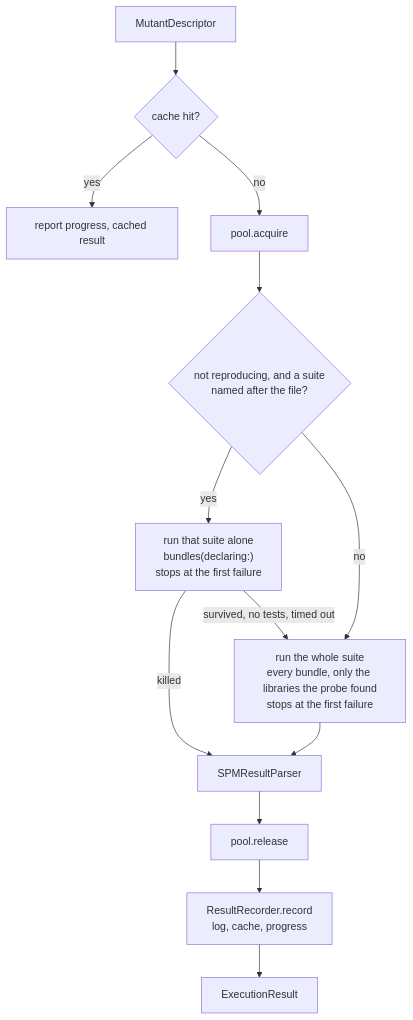
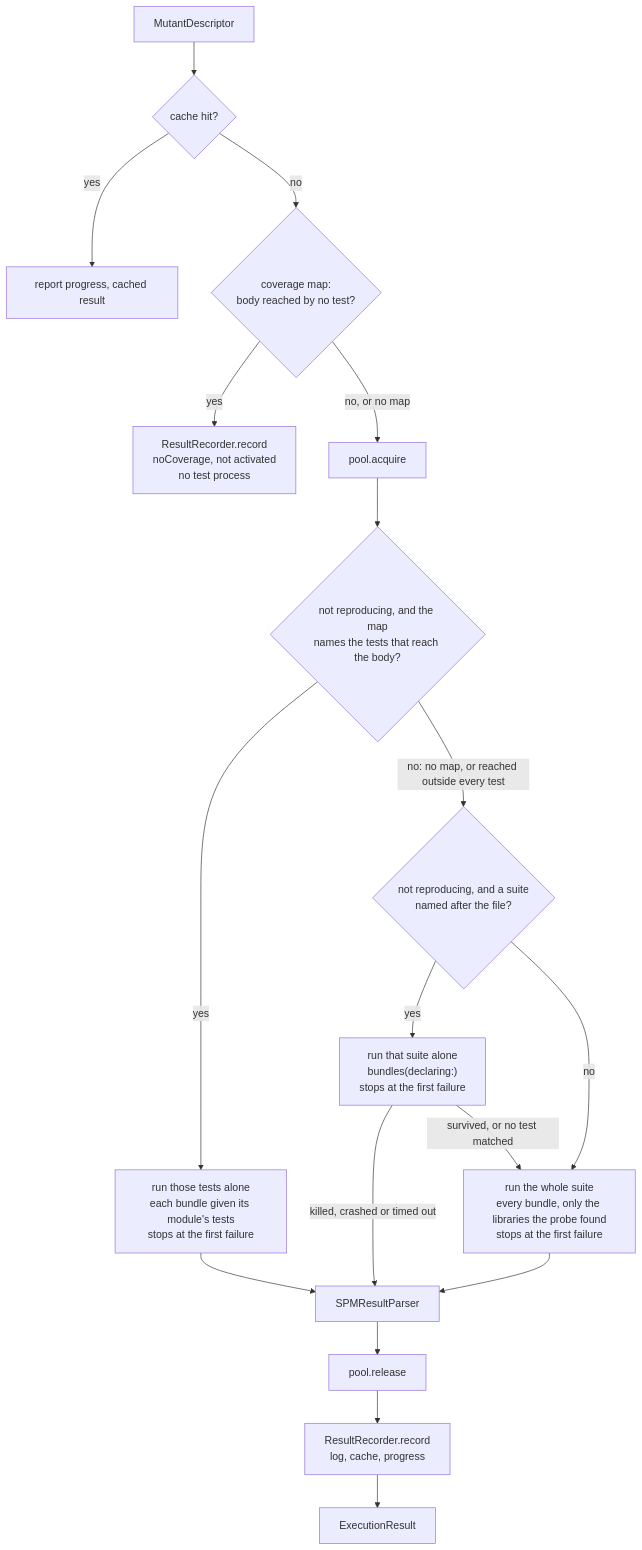
One commit to ericodx/swift-mutation-testing changed the fourth of 6 diagrams in Docs/CodeBase/07-execution.md. Above: the diagram before and after it, drawn with Mermaid. The commit also changed other lines of this file and 11 other files, not shown here.

Commit message:
docs: check the codebase reference against the code: signatures, the type index, the value-flow diagram and the coverage figures

````diff
--- a/Docs/CodeBase/07-execution.md
+++ b/Docs/CodeBase/07-execution.md
@@ -484,15 +500,20 @@
 ```mermaid
 flowchart TD
     M["MutantDescriptor"] --> CACHED{"cache hit?"}
     CACHED -- yes --> REPORT["report progress, cached result"]
-    CACHED -- no --> SLOT["pool.acquire"]
-    SLOT --> SUITE{"not reproducing, and a suite<br>named after the file?"}
+    CACHED -- no --> REACH{"coverage map:<br>body reached by no test?"}
+    REACH -- yes --> NOCOV["ResultRecorder.record<br>noCoverage, not activated<br>no test process"]
+    REACH -- "no, or no map" --> SLOT["pool.acquire"]
+    SLOT --> TESTS{"not reproducing, and the map<br>names the tests that reach the body?"}
+    TESTS -- yes --> REACHING["run those tests alone<br>each bundle given its module's tests<br>stops at the first failure"]
+    REACHING --> PARSE["SPMResultParser"]
+    TESTS -- "no: no map, or reached outside every test" --> SUITE{"not reproducing, and a suite<br>named after the file?"}
     SUITE -- yes --> TARGETED["run that suite alone<br>bundles(declaring:)<br>stops at the first failure"]
-    TARGETED -- killed --> PARSE["SPMResultParser"]
-    TARGETED -- "survived, no tests, timed out" --> FULL["run the whole suite<br>every bundle, only the libraries the probe found<br>stops at the first failure"]
+    TARGETED -- "killed, crashed or timed out" --> PARSE
+    TARGETED -- "survived, or no test matched" --> FULL["run the whole suite<br>every bundle, only the libraries the probe found<br>stops at the first failure"]
     SUITE -- no --> FULL
     FULL --> PARSE
     PARSE --> RELEASE["pool.release"]
     RELEASE --> STORE["ResultRecorder.record<br>log, cache, progress"]
     STORE --> REPORT2["ExecutionResult"]
 ```
````
